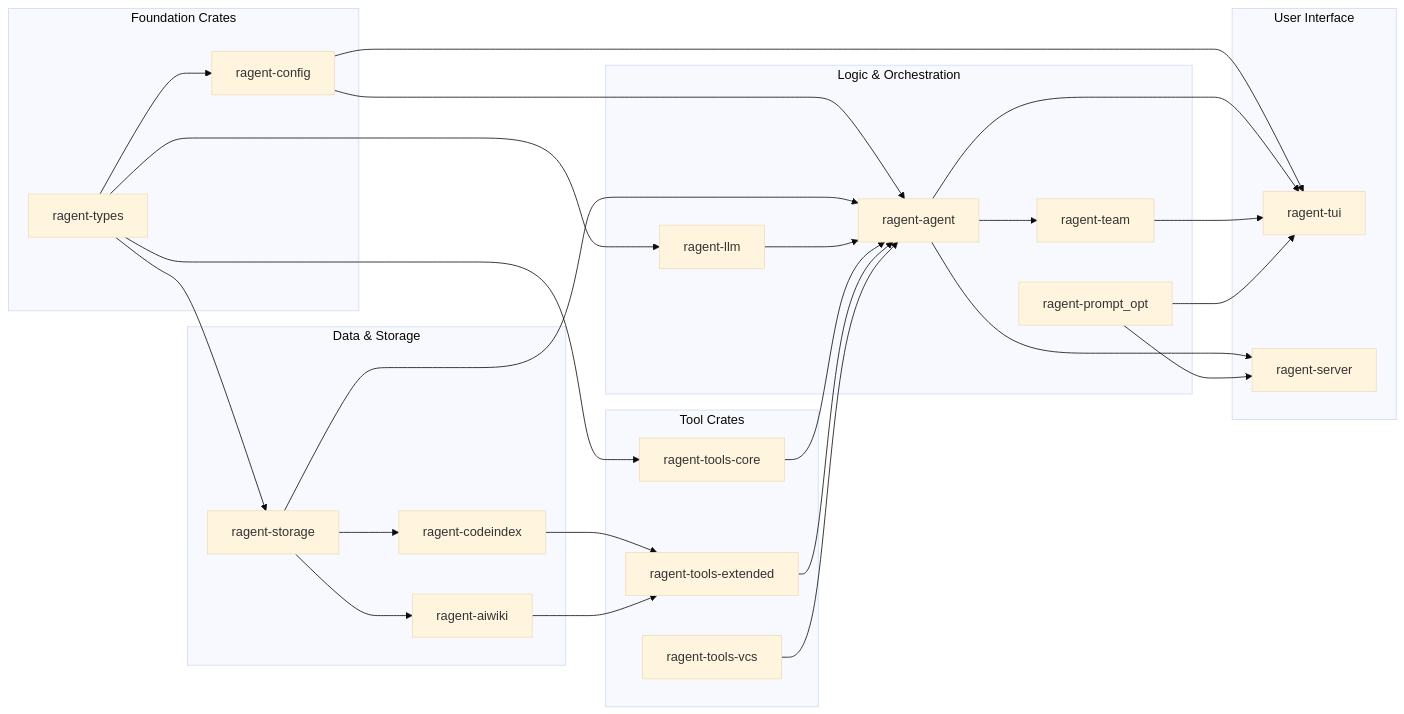
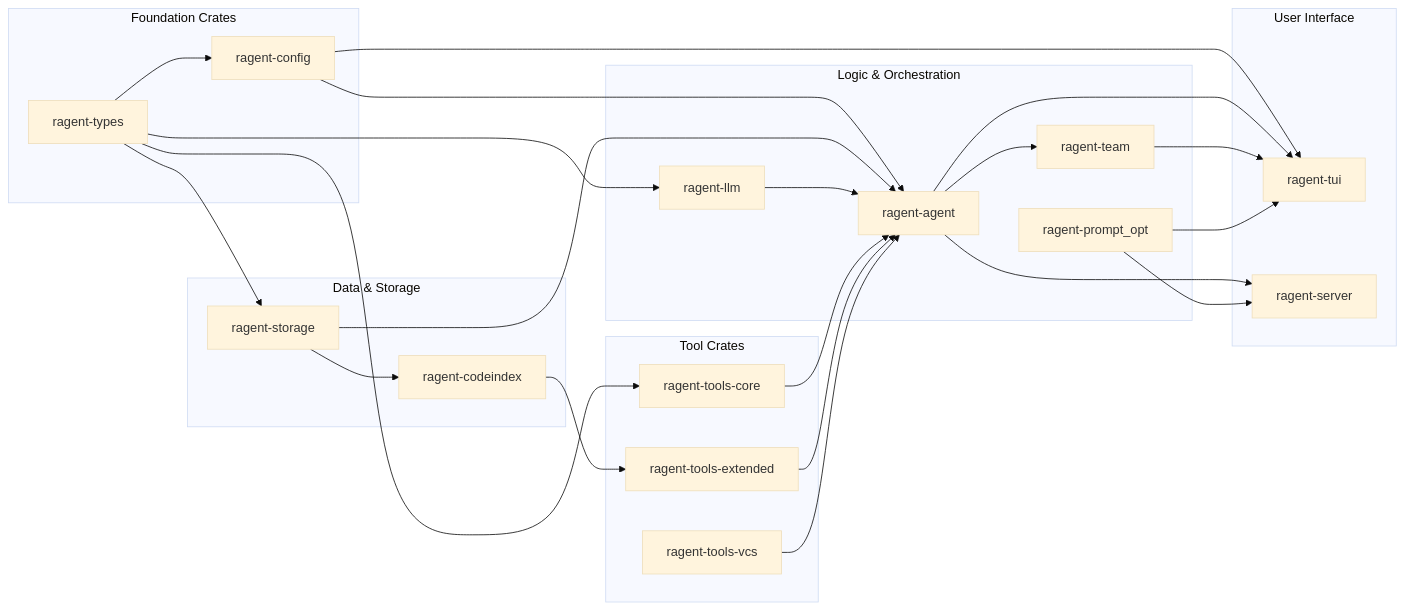
The fourth of 14 diagrams in SPEC.md (thawkins/ragent), drawn with Mermaid (base theme) before and after one commit. The commit also changed other lines of this file and 1330 other files, not shown here.

````diff
--- a/SPEC.md
+++ b/SPEC.md
@@ -300,53 +303,50 @@
 ```mermaid
 graph LR
     subgraph Foundation["Foundation Crates"]
         TYPES["ragent-types"]
         CONFIG["ragent-config"]
     end
 
     subgraph Data["Data & Storage"]
         STORAGE["ragent-storage"]
         CODEIDX["ragent-codeindex"]
-        AIWIKI["ragent-aiwiki"]
     end
 
     subgraph Logic["Logic & Orchestration"]
         LLM["ragent-llm"]
         AGENT["ragent-agent"]
         TEAM["ragent-team"]
         PROMPT["ragent-prompt_opt"]
     end
 
     subgraph Interface["User Interface"]
         TUI["ragent-tui"]
         SERVER["ragent-server"]
     end
 
     subgraph Tools["Tool Crates"]
         TCORE["ragent-tools-core"]
         TEXT["ragent-tools-extended"]
         TVCS["ragent-tools-vcs"]
     end
 
     TYPES --> CONFIG
     TYPES --> STORAGE
     TYPES --> LLM
     TYPES --> TCORE
     CONFIG --> AGENT
     CONFIG --> TUI
     STORAGE --> AGENT
     STORAGE --> CODEIDX
-    STORAGE --> AIWIKI
     LLM --> AGENT
     TCORE --> AGENT
     TEXT --> AGENT
     TVCS --> AGENT
     CODEIDX --> TEXT
-    AIWIKI --> TEXT
     AGENT --> TEAM
     AGENT --> SERVER
     AGENT --> TUI
     TEAM --> TUI
     PROMPT --> TUI
     PROMPT --> SERVER
 ```
````
